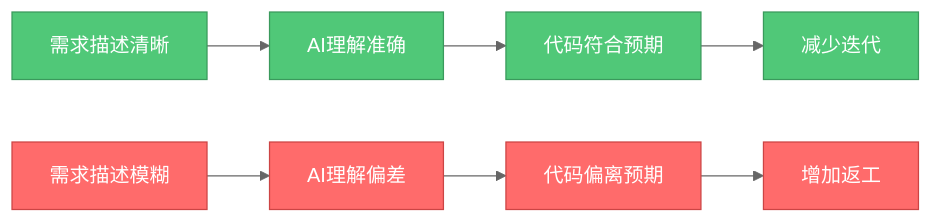
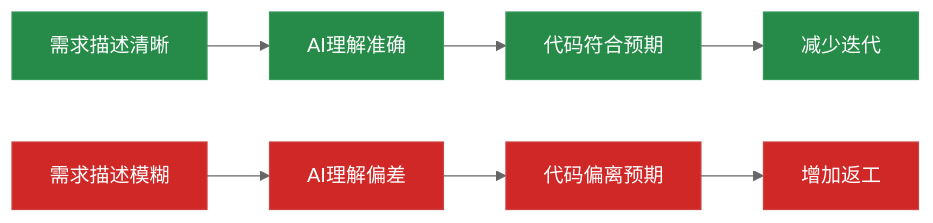
Before and after one commit to microwind/algorithms: the second of 11 diagrams in start-here/AI-Era-Programmers-as-Requirements-Engineers.md, drawn with Mermaid (neutral theme). The commit also changed other lines of this file and 2 other files, not shown here.

Commit message:
update md

````diff
--- a/start-here/AI-Era-Programmers-as-Requirements-Engineers.md
+++ b/start-here/AI-Era-Programmers-as-Requirements-Engineers.md
@@ -105,15 +105,15 @@
 ```mermaid
 flowchart LR
     A["需求描述清晰"] --> B["AI理解准确"] --> C["代码符合预期"] --> D["减少迭代"]
     E["需求描述模糊"] --> F["AI理解偏差"] --> G["代码偏离预期"] --> H["增加返工"]
 
-    style A fill:#50C878,stroke:#3A9A5C,color:#fff
-    style B fill:#50C878,stroke:#3A9A5C,color:#fff
-    style C fill:#50C878,stroke:#3A9A5C,color:#fff
-    style D fill:#50C878,stroke:#3A9A5C,color:#fff
+    style A fill:#268B48,stroke:#3A9A5C,color:#fff
+    style B fill:#268B48,stroke:#3A9A5C,color:#fff
+    style C fill:#268B48,stroke:#3A9A5C,color:#fff
+    style D fill:#268B48,stroke:#3A9A5C,color:#fff
 
-    style E fill:#FF6B6B,stroke:#CC4444,color:#fff
-    style F fill:#FF6B6B,stroke:#CC4444,color:#fff
-    style G fill:#FF6B6B,stroke:#CC4444,color:#fff
-    style H fill:#FF6B6B,stroke:#CC4444,color:#fff
+    style E fill:#D02727,stroke:#CC4444,color:#fff
+    style F fill:#D02727,stroke:#CC4444,color:#fff
+    style G fill:#D02727,stroke:#CC4444,color:#fff
+    style H fill:#D02727,stroke:#CC4444,color:#fff
 ```
````
